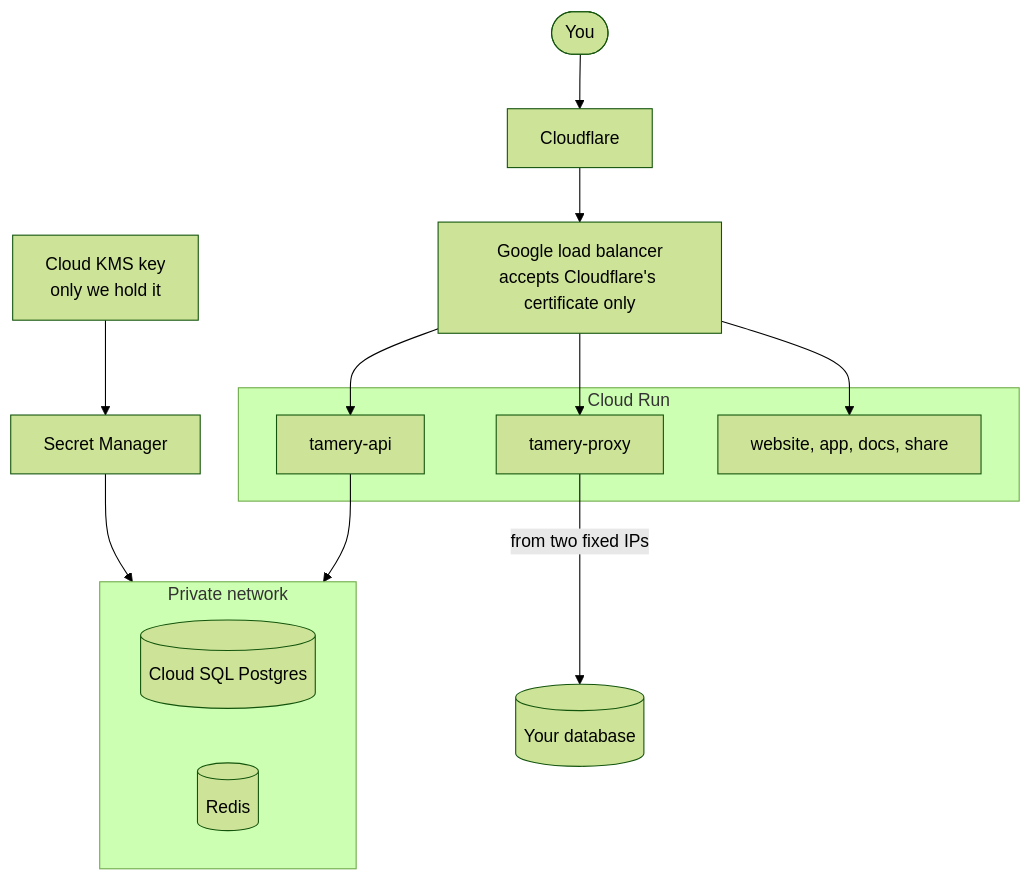
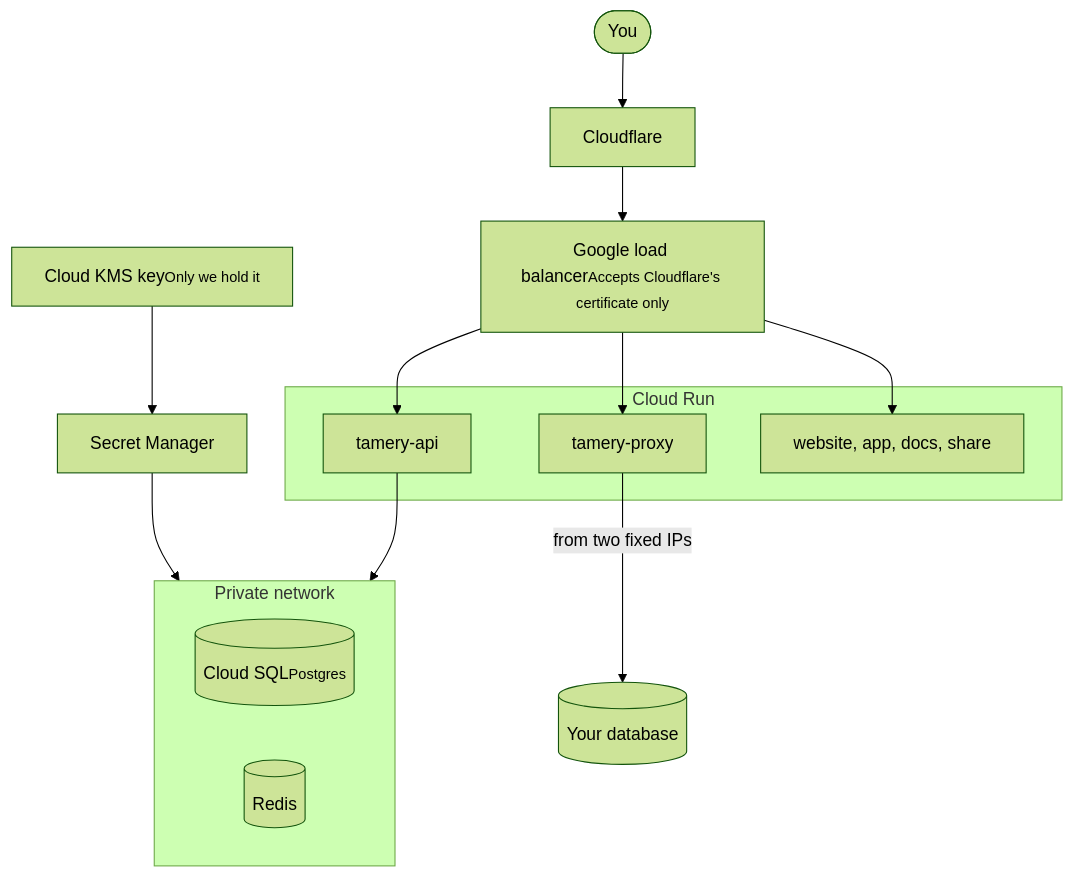
The diagram in apps/main/src/modules/blog/content/off-the-train-and-running.mdx (wannabespace/tamery), drawn with Mermaid (forest theme) before and after one commit. The commit also changed 1 other file, not shown here.

Commit message:
feat(blog): style mermaid diagrams like the kit's cards

````diff
--- a/apps/main/src/modules/blog/content/off-the-train-and-running.mdx
+++ b/apps/main/src/modules/blog/content/off-the-train-and-running.mdx
@@ -29,19 +29,19 @@
 ```mermaid
 flowchart TB
   you([You]) --> cf[Cloudflare]
-  cf --> lb["Google load balancer<br/>accepts Cloudflare's certificate only"]
+  cf --> lb["Google load balancer<small>Accepts Cloudflare's certificate only</small>"]
   subgraph run [Cloud Run]
     api[tamery-api]
     proxy[tamery-proxy]
     web[website, app, docs, share]
   end
   lb --> api & proxy & web
   subgraph private [Private network]
-    sql[(Cloud SQL Postgres)]
+    sql[(Cloud SQL<small>Postgres</small>)]
     redis[(Redis)]
   end
   api --> private
   proxy -->|from two fixed IPs| db[(Your database)]
-  kms[Cloud KMS key<br/>only we hold it] --> sm[Secret Manager]
+  kms[Cloud KMS key<small>Only we hold it</small>] --> sm[Secret Manager]
   sm --> private
 ```
````
